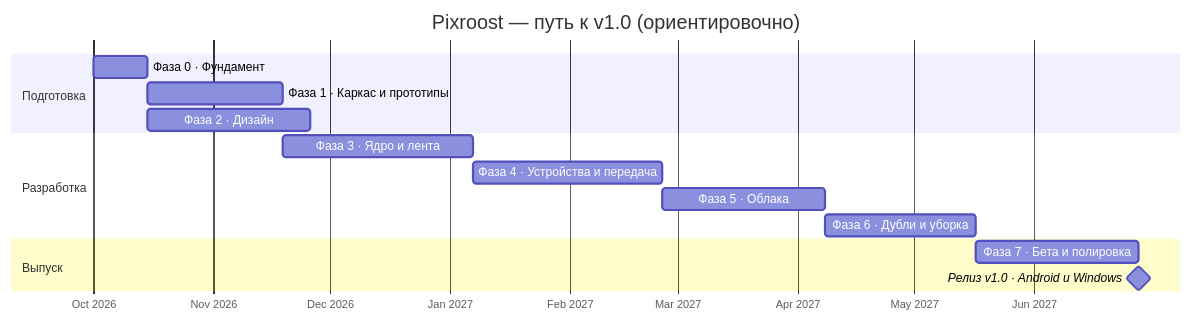
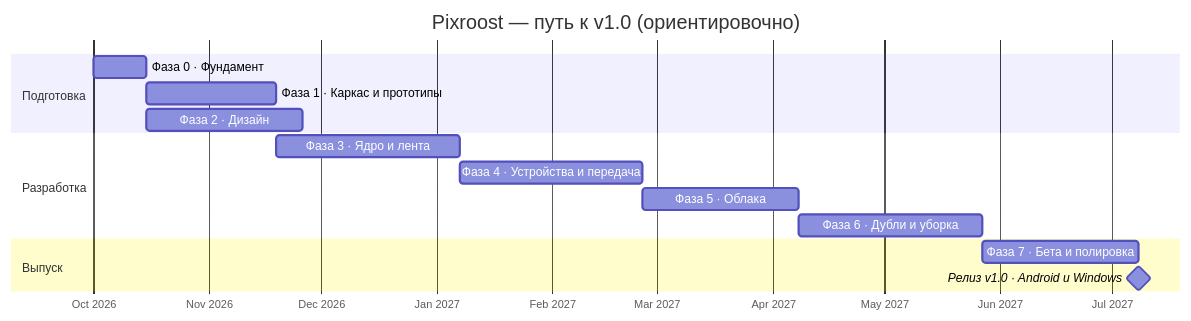
The diagram in docs/roadmap.md (intelbetteramd-sys/pixroost), drawn with Mermaid before and after one commit. The commit also changed other lines of this file and 11 other files, not shown here.

````diff
--- a/docs/roadmap.md
+++ b/docs/roadmap.md
@@ -16,18 +17,18 @@
 ```mermaid
 gantt
   title Pixroost — путь к v1.0 (ориентировочно)
   dateFormat YYYY-MM-DD
   axisFormat %b %Y
   section Подготовка
   Фаза 0 · Фундамент              :p0, 2026-10-01, 14d
   Фаза 1 · Каркас и прототипы     :p1, after p0, 35d
   Фаза 2 · Дизайн                 :p2, after p0, 42d
   section Разработка
   Фаза 3 · Ядро и лента           :p3, after p1, 49d
   Фаза 4 · Устройства и передача  :p4, after p3, 49d
   Фаза 5 · Облака                 :p5, after p4, 42d
-  Фаза 6 · Дубли и уборка         :p6, after p5, 39d
+  Фаза 6 · Дубли и уборка         :p6, after p5, 49d
   section Выпуск
   Фаза 7 · Бета и полировка       :p7, after p6, 42d
   Релиз v1.0 · Android и Windows  :milestone, after p7, 0d
 ```
````
